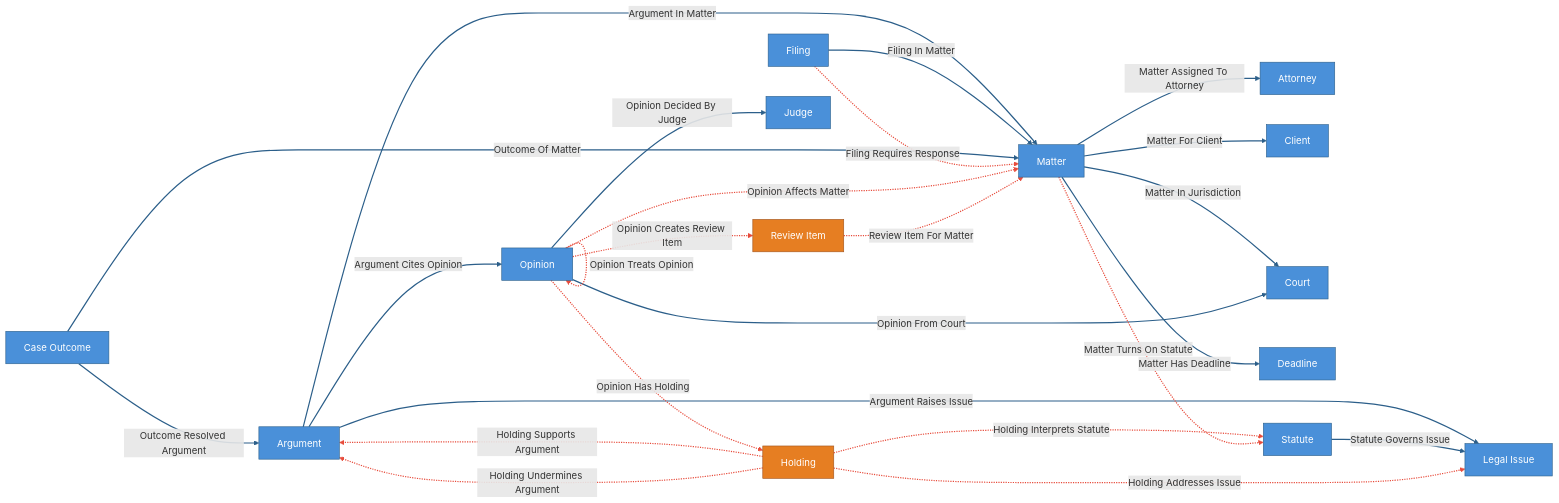
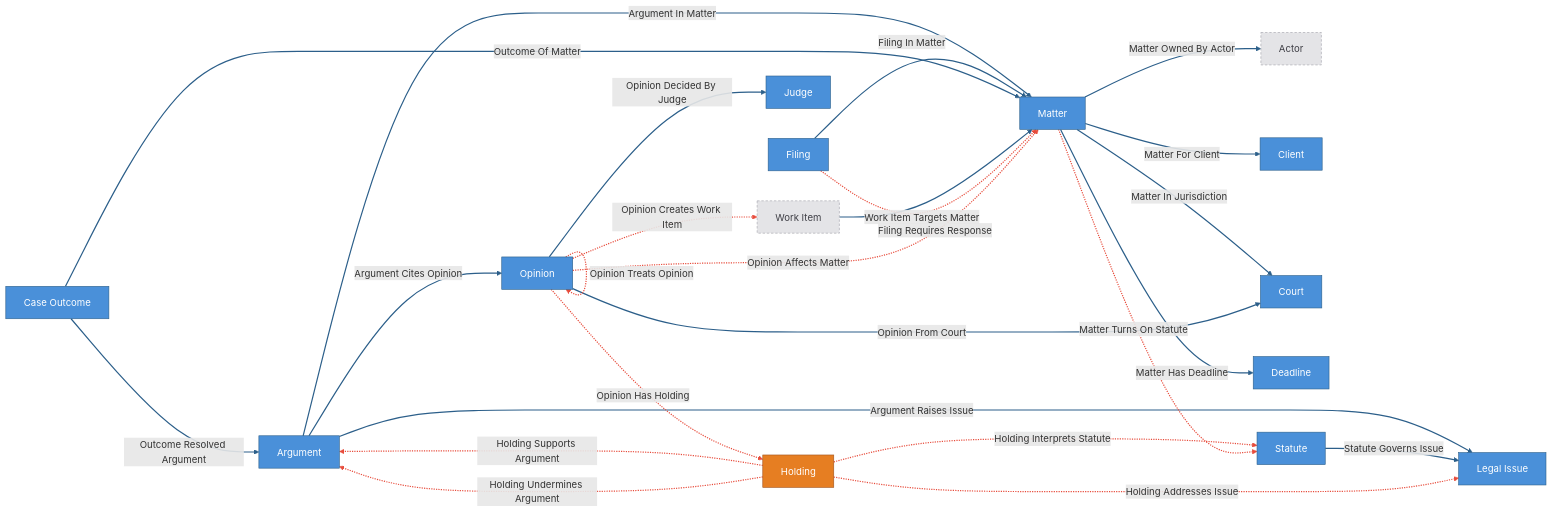
The first of 3 diagrams in kits/case-law-monitoring/README.md (cruxible-ai/cruxible), drawn with Mermaid before and after one commit. The commit also changed other lines of this file and 13 other files, not shown here.

````diff
--- a/kits/case-law-monitoring/README.md
+++ b/kits/case-law-monitoring/README.md
@@ -88,53 +50,55 @@
 ```mermaid
 flowchart LR
   classDef canonicalEntity fill:#4a90d9,stroke:#2c5f8a,color:#fff
   classDef governedEntity fill:#e67e22,stroke:#a0521c,color:#fff
+  classDef baseEntity fill:#e4e4e7,stroke:#a1a1aa,color:#3f3f46,stroke-dasharray: 4 3
 
+  entity_Actor["Actor"]
   entity_Argument["Argument"]
-  entity_Attorney["Attorney"]
   entity_CaseOutcome["Case Outcome"]
   entity_Client["Client"]
   entity_Court["Court"]
   entity_Deadline["Deadline"]
   entity_Filing["Filing"]
   entity_Holding["Holding"]
   entity_Judge["Judge"]
   entity_LegalIssue["Legal Issue"]
   entity_Matter["Matter"]
   entity_Opinion["Opinion"]
-  entity_ReviewItem["Review Item"]
   entity_Statute["Statute"]
-  class entity_Argument,entity_Attorney,entity_CaseOutcome,entity_Client,entity_Court,entity_Deadline,entity_Filing,entity_Judge,entity_LegalIssue,entity_Matter,entity_Opinion,entity_Statute canonicalEntity
-  class entity_Holding,entity_ReviewItem governedEntity
+  entity_WorkItem["Work Item"]
+  class entity_Argument,entity_CaseOutcome,entity_Client,entity_Court,entity_Deadline,entity_Filing,entity_Judge,entity_LegalIssue,entity_Matter,entity_Opinion,entity_Statute canonicalEntity
+  class entity_Holding governedEntity
+  class entity_Actor,entity_WorkItem baseEntity
 
   %% Deterministic canonical relationships
   entity_Argument -- "Argument Cites Opinion" --> entity_Opinion
   entity_Argument -- "Argument In Matter" --> entity_Matter
   entity_Argument -- "Argument Raises Issue" --> entity_LegalIssue
   entity_Filing -- "Filing In Matter" --> entity_Matter
-  entity_Matter -- "Matter Assigned To Attorney" --> entity_Attorney
   entity_Matter -- "Matter For Client" --> entity_Client
   entity_Matter -- "Matter Has Deadline" --> entity_Deadline
   entity_Matter -- "Matter In Jurisdiction" --> entity_Court
+  entity_Matter -- "Matter Owned By Actor" --> entity_Actor
   entity_Opinion -- "Opinion Cites Opinion" --> entity_Opinion
   entity_Opinion -- "Opinion Decided By Judge" --> entity_Judge
   entity_Opinion -- "Opinion From Court" --> entity_Court
   entity_CaseOutcome -- "Outcome Of Matter" --> entity_Matter
   entity_CaseOutcome -- "Outcome Resolved Argument" --> entity_Argument
   entity_Statute -- "Statute Governs Issue" --> entity_LegalIssue
+  entity_WorkItem -- "Work Item Targets Matter" --> entity_Matter
 
   %% Governed proposal/review relationships
   entity_Filing -. "Filing Requires Response" .-> entity_Matter
   entity_Holding -. "Holding Addresses Issue" .-> entity_LegalIssue
   entity_Holding -. "Holding Interprets Statute" .-> entity_Statute
   entity_Holding -. "Holding Supports Argument" .-> entity_Argument
   entity_Holding -. "Holding Undermines Argument" .-> entity_Argument
   entity_Matter -. "Matter Turns On Statute" .-> entity_Statute
   entity_Opinion -. "Opinion Affects Matter" .-> entity_Matter
-  entity_Opinion -. "Opinion Creates Review Item" .-> entity_ReviewItem
+  entity_Opinion -. "Opinion Creates Work Item" .-> entity_WorkItem
   entity_Opinion -. "Opinion Has Holding" .-> entity_Holding
   entity_Opinion -. "Opinion Treats Opinion" .-> entity_Opinion
-  entity_ReviewItem -. "Review Item For Matter" .-> entity_Matter
-  linkStyle 0,1,2,3,4,5,6,7,8,9,10,11,12,13 stroke:#2c5f8a,stroke-width:2px
-  linkStyle 14,15,16,17,18,19,20,21,22,23,24 stroke:#e74c3c,stroke-width:2px
+  linkStyle 0,1,2,3,4,5,6,7,8,9,10,11,12,13,14 stroke:#2c5f8a,stroke-width:2px
+  linkStyle 15,16,17,18,19,20,21,22,23,24 stroke:#e74c3c,stroke-width:2px
 ```
````
